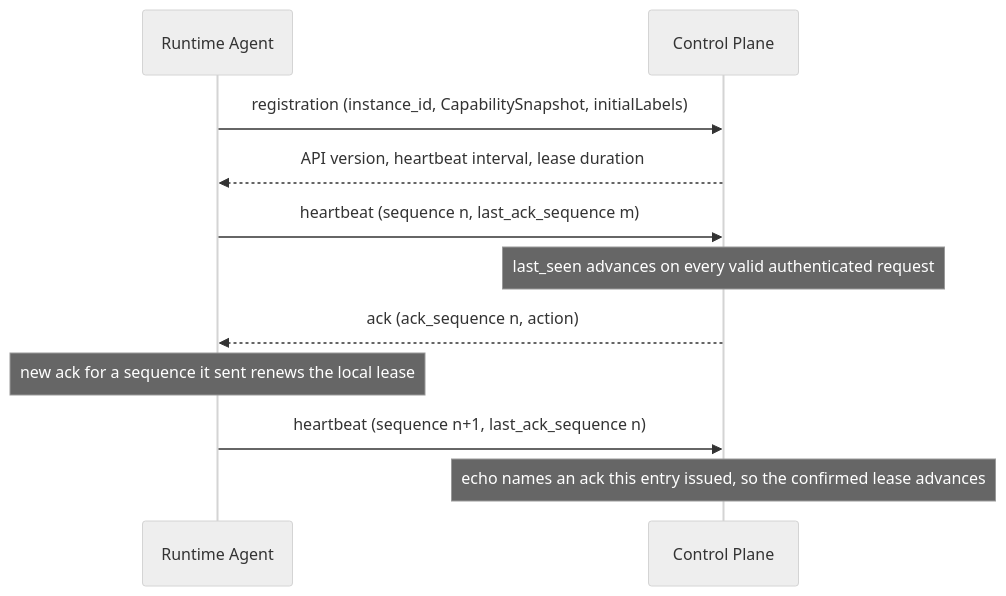
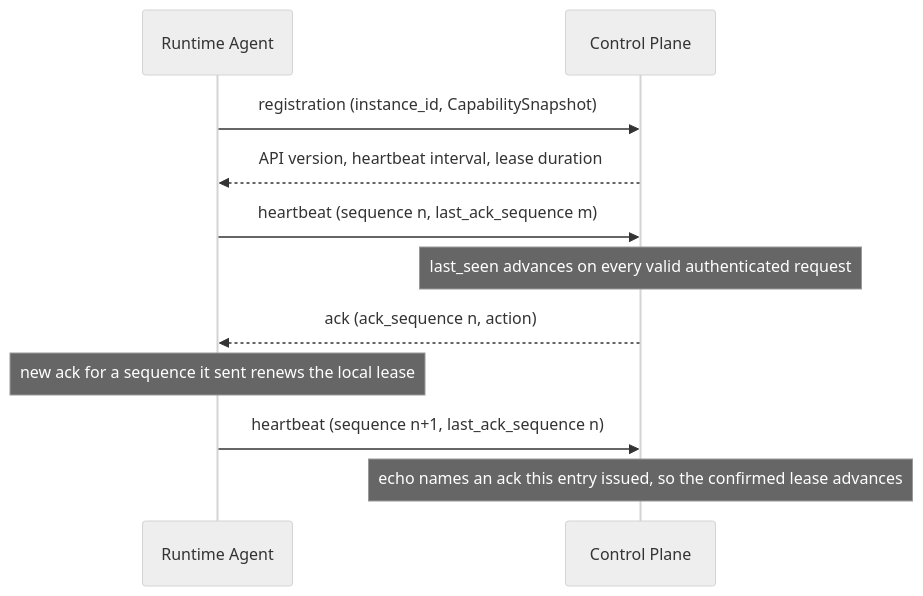
One commit to grauwolf32/contractor changed the first of 2 diagrams in docs/spec/execution/control-plane.md. Above: the diagram before and after it, drawn with Mermaid (neutral theme). The commit also changed other lines of this file and 65 other files, not shown here.

````diff
--- a/docs/spec/execution/control-plane.md
+++ b/docs/spec/execution/control-plane.md
@@ -181,13 +180,13 @@
 ```mermaid
 sequenceDiagram
     participant R as Runtime Agent
     participant C as Control Plane
-    R->>C: registration (instance_id, CapabilitySnapshot, initialLabels)
+    R->>C: registration (instance_id, CapabilitySnapshot)
     C-->>R: API version, heartbeat interval, lease duration
     R->>C: heartbeat (sequence n, last_ack_sequence m)
     Note over C: last_seen advances on every valid authenticated request
     C-->>R: ack (ack_sequence n, action)
     Note over R: new ack for a sequence it sent renews the local lease
     R->>C: heartbeat (sequence n+1, last_ack_sequence n)
     Note over C: echo names an ack this entry issued, so the confirmed lease advances
 ```
````
